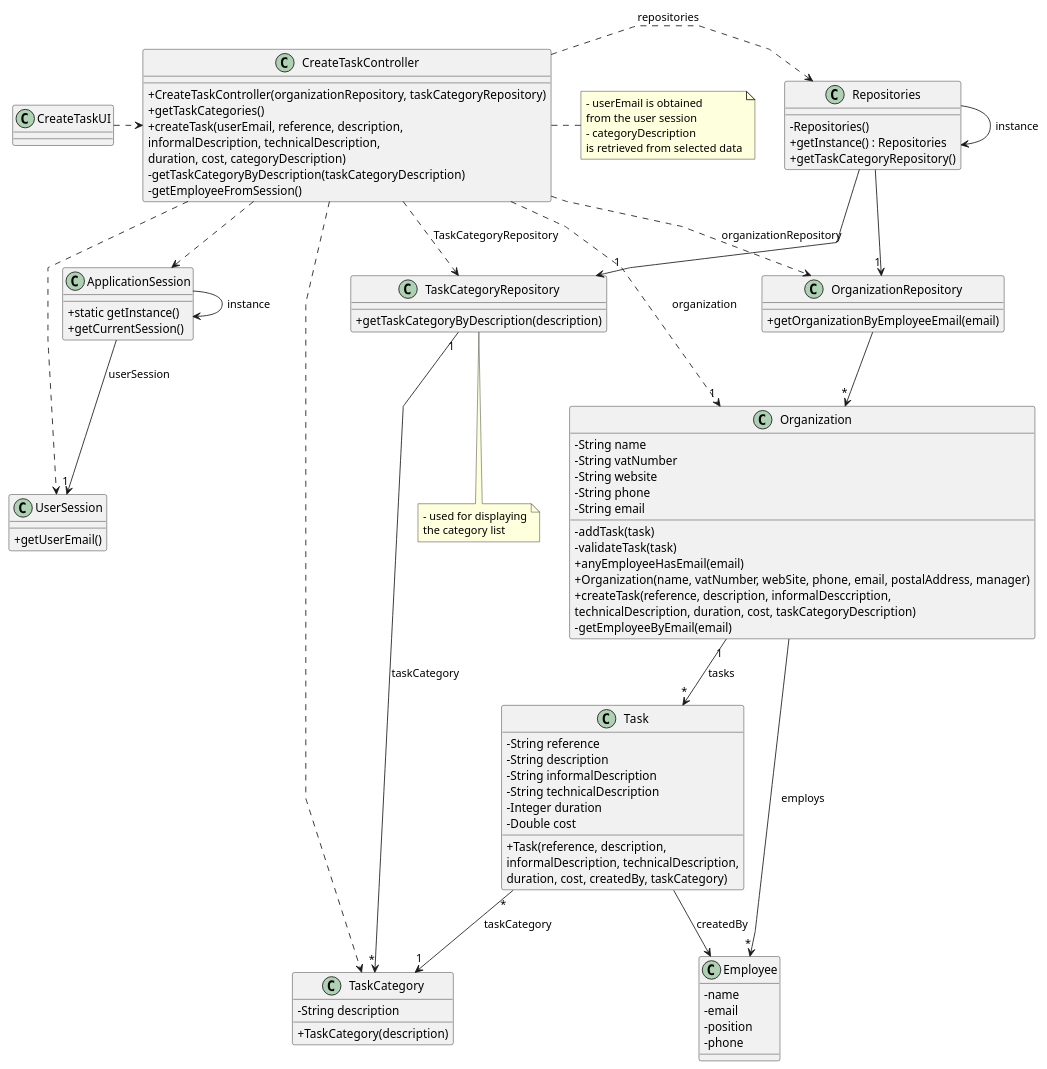
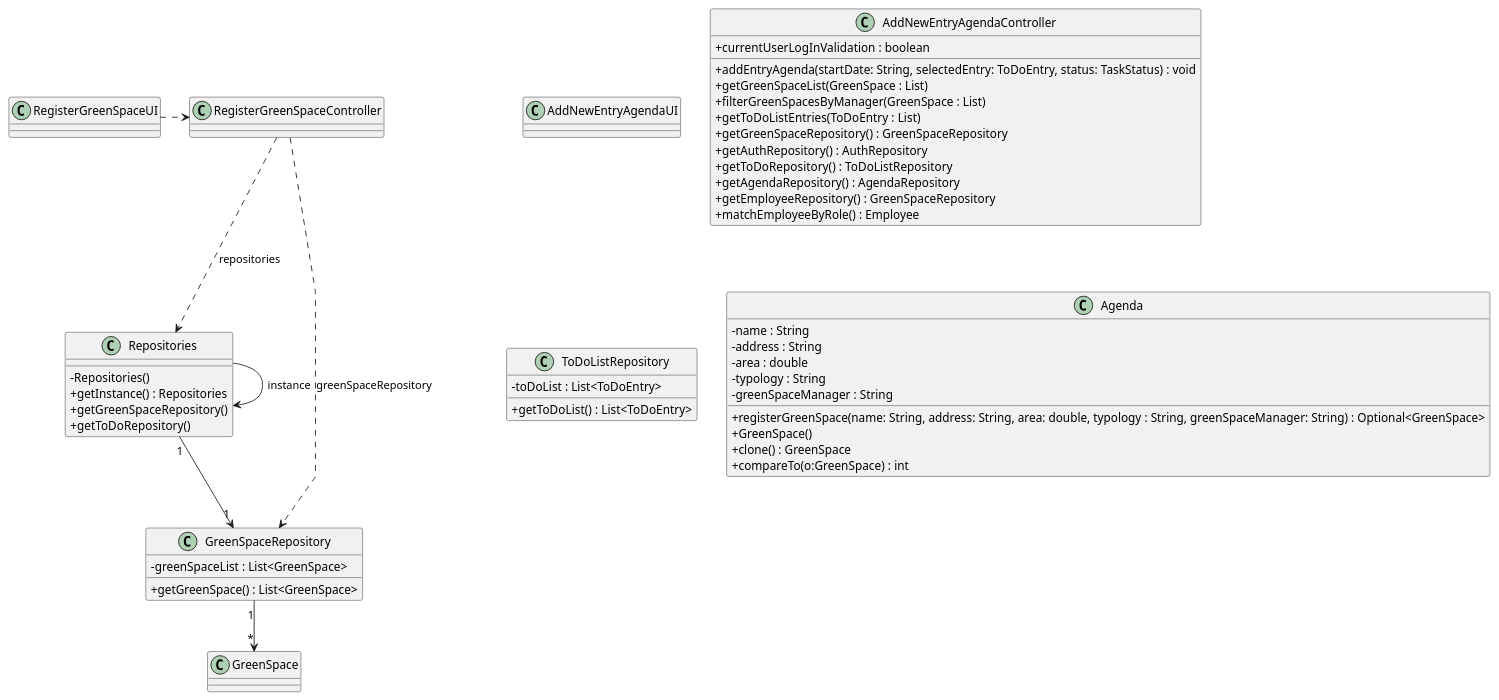
Before and after one commit to LopemigueISEP/lei-24-s2-1nb-g312: the diagram in docs/sprintC/US022/03.design/puml/us006-class-diagram.puml, drawn with PlantUML. The commit also changed 5 other files, not shown here.

```diff
--- a/docs/sprintC/US022/03.design/puml/us006-class-diagram.puml
+++ b/docs/sprintC/US022/03.design/puml/us006-class-diagram.puml
@@ -1,130 +1,75 @@
 @startuml
 'skinparam monochrome true
 skinparam packageStyle rectangle
 skinparam shadowing false
 skinparam linetype polyline
 'skinparam linetype orto
-
 skinparam classAttributeIconSize 0
 
 'left to right direction
 
-class ApplicationSession
-{
-    + static getInstance()
-    + getCurrentSession()
+
+class AddNewEntryAgendaUI {
+
 }
 
-class UserSession
-{
-    + getUserEmail()
-}
+class AddNewEntryAgendaController {
 
-class Employee {
-    - name
-    - email
-    - position
-    - phone
-}
+    + addEntryAgenda(startDate: String, selectedEntry: ToDoEntry, status: TaskStatus) : void
+    + getGreenSpaceList(GreenSpace : List)
+    + filterGreenSpacesByManager(GreenSpace : List)
+    + getToDoListEntries(ToDoEntry : List)
+    + getGreenSpaceRepository() : GreenSpaceRepository
+    + getAuthRepository() : AuthRepository
+    + getToDoRepository() : ToDoListRepository
+    + getAgendaRepository() : AgendaRepository
+    + getEmployeeRepository() : GreenSpaceRepository
+    + currentUserLogInValidation : boolean
+    + matchEmployeeByRole() : Employee
 
-class Task {
-    - String reference
-    - String description
-    - String informalDescription
-    - String technicalDescription
-    - Integer duration
-    - Double cost
-
-    + Task(reference, description,\ninformalDescription, technicalDescription,\nduration, cost, createdBy, taskCategory)
-}
-
-class TaskCategory {
-    - String description
-
-    + TaskCategory(description)
-}
-
-class Organization {
-    - String name
-    - String vatNumber
-    - String website
-    - String phone
-    - String email
-
-    - addTask(task)
-    - validateTask(task)
-    + anyEmployeeHasEmail(email)
-    + Organization(name, vatNumber, webSite, phone, email, postalAddress, manager)
-    + createTask(reference, description, informalDesccription,\ntechnicalDescription, duration, cost, taskCategoryDescription)
-    - getEmployeeByEmail(email)
-
-'  +saveTask(task)
-}
-
-class TaskCategoryRepository {
-    + getTaskCategoryByDescription(description)
-}
-
-class OrganizationRepository {
-    + getOrganizationByEmployeeEmail(email)
 }
 
 class Repositories {
-    - Repositories()
-    + getInstance() : Repositories
-    + getTaskCategoryRepository()
+     - Repositories()
+     + getInstance() : Repositories
+     + getGreenSpaceRepository()
+     + getToDoRepository()
+
 
 }
 
-class CreateTaskController {
-    + CreateTaskController(organizationRepository, taskCategoryRepository)
-    + getTaskCategories()
-    + createTask(userEmail, reference, description,\ninformalDescription, technicalDescription,\nduration, cost, categoryDescription)
-    - getTaskCategoryByDescription(taskCategoryDescription)
-    - getEmployeeFromSession()
+class GreenSpaceRepository {
+    -greenSpaceList : List<GreenSpace>
+    +getGreenSpace() : List<GreenSpace>
 }
 
-note right of CreateTaskController
-    - userEmail is obtained
-    from the user session
-    - categoryDescription
-    is retrieved from selected data
-end note
-
-note bottom of TaskCategoryRepository
-    - used for displaying
-    the category list
-end note
-
-class CreateTaskUI {
+class ToDoListRepository {
+    -toDoList : List<ToDoEntry>
+    +getToDoList() : List<ToDoEntry>
 }
 
+class Agenda {
+        -name : String
+        -address : String
+        -area : double
+        -typology : String
+        - greenSpaceManager : String
+
+    +registerGreenSpace(name: String, address: String, area: double, typology : String, greenSpaceManager: String) : Optional<GreenSpace>
+    +GreenSpace()
+    +clone() : GreenSpace
+    +compareTo(o:GreenSpace) : int
+}
+
+
+
+
+
+RegisterGreenSpaceController ..> Repositories: repositories
+RegisterGreenSpaceController ..> GreenSpaceRepository: greenSpaceRepository
+GreenSpaceRepository "1" --> "*" GreenSpace
+Repositories "1" --> "1" GreenSpaceRepository
+RegisterGreenSpaceUI .> RegisterGreenSpaceController
 Repositories -> Repositories : instance
-ApplicationSession -> ApplicationSession : instance
-
-CreateTaskUI .> CreateTaskController
-
-CreateTaskController .> Repositories : repositories
-
-Repositories -> "1" TaskCategoryRepository
-
-CreateTaskController ..> TaskCategory
-CreateTaskController ..> OrganizationRepository : organizationRepository
-CreateTaskController ..> TaskCategoryRepository : TaskCategoryRepository
-
-Repositories --> "1" OrganizationRepository
-
-OrganizationRepository --> "*" Organization
-ApplicationSession --> "1" UserSession : userSession
-
-CreateTaskController ..> "1" Organization : organization
-CreateTaskController ..> ApplicationSession
-CreateTaskController ..> UserSession
-Task "*" --> "1" TaskCategory : taskCategory
-TaskCategoryRepository "1" --> "*" TaskCategory : taskCategory
-Organization "1" --> "*" Task : tasks
-Task --> Employee : createdBy
-
-Organization --> "*" Employee : employs
 
 @enduml
```
